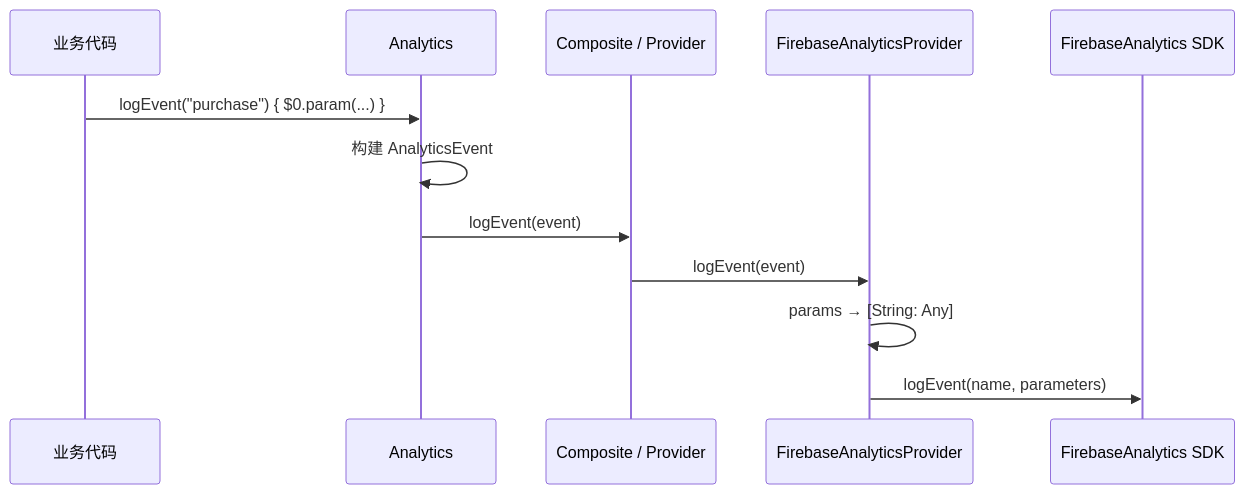
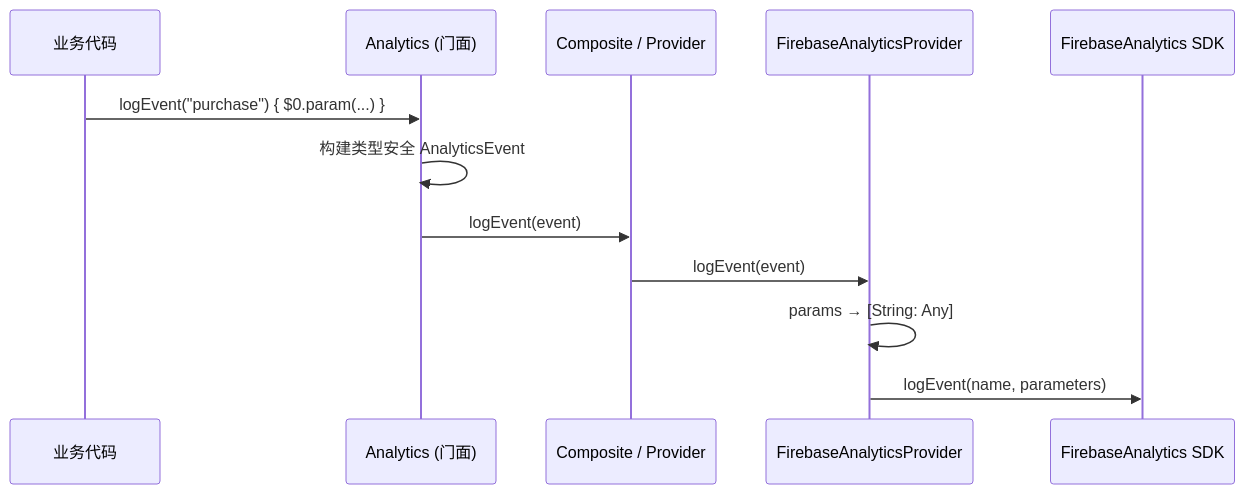
One commit to e-hai/AnalyticsKit-iOS changed the second of 2 diagrams in README.md. Above: the diagram before and after it, drawn with Mermaid. The commit also changed other lines of this file and 1 other file, not shown here.

````diff
--- a/README.md
+++ b/README.md
@@ -52,15 +66,15 @@
 ```mermaid
 sequenceDiagram
     participant App as 业务代码
-    participant A as Analytics
+    participant A as Analytics (门面)
     participant C as Composite / Provider
     participant F as FirebaseAnalyticsProvider
     participant SDK as FirebaseAnalytics SDK
 
     App->>A: logEvent("purchase") { $0.param(...) }
-    A->>A: 构建 AnalyticsEvent
+    A->>A: 构建类型安全 AnalyticsEvent
     A->>C: logEvent(event)
     C->>F: logEvent(event)
     F->>F: params → [String: Any]
     F->>SDK: logEvent(name, parameters)
 ```
````
